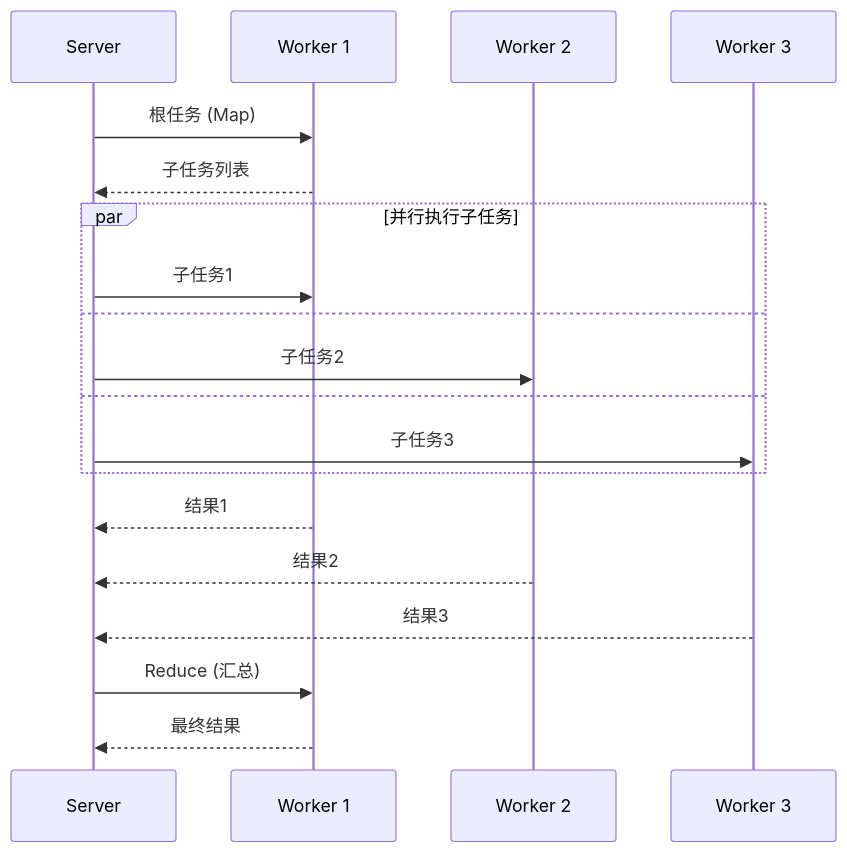
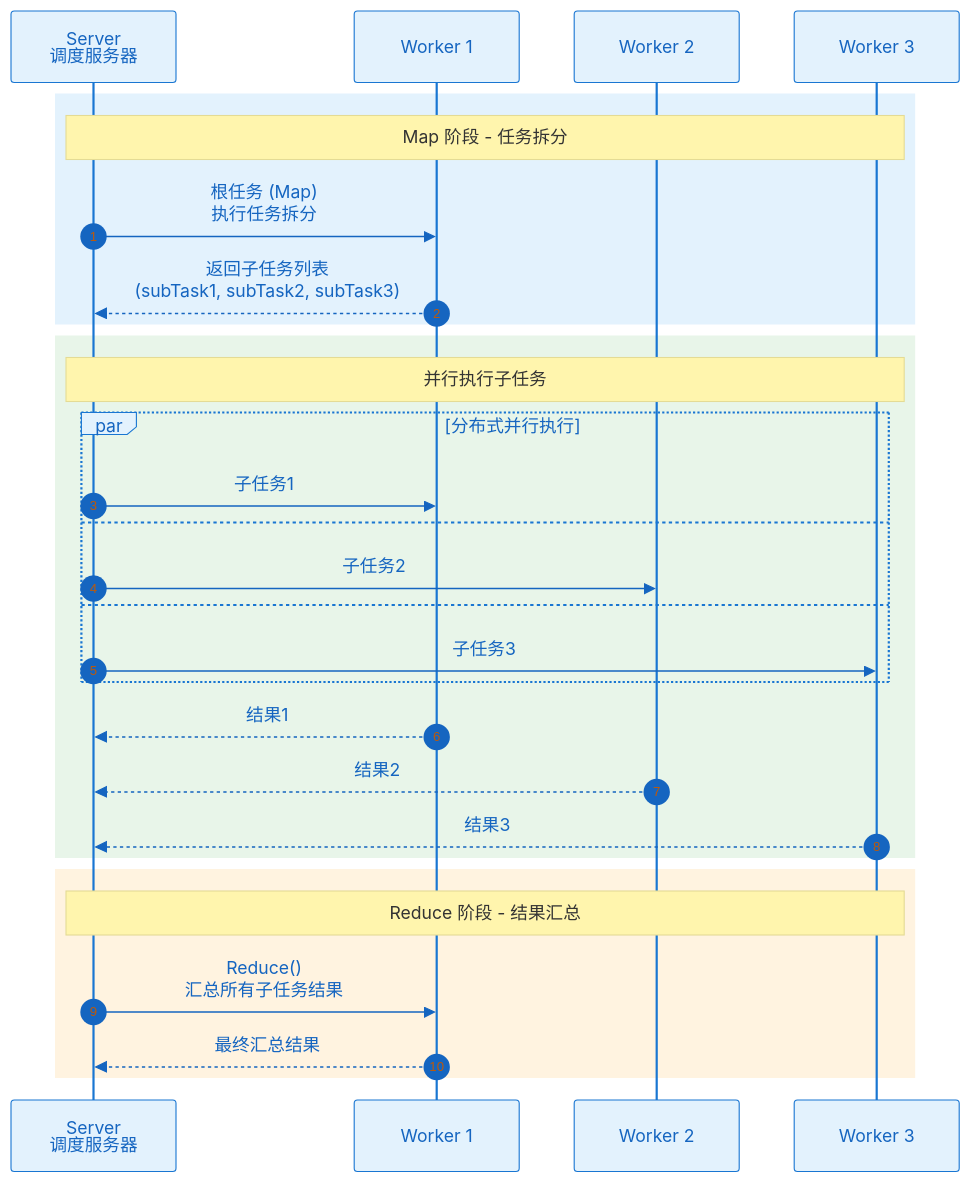
The second of 2 diagrams in zh/core/processor.md (Echo009/PowerJob-Docs), drawn with Mermaid before and after one commit. The commit also changed other lines of this file and 7 other files, not shown here.

Commit message:
chore: 优化文档中的 mermaid 图表样式

````diff
--- a/zh/core/processor.md
+++ b/zh/core/processor.md
@@ -196,25 +208,37 @@
 ```mermaid
+%%{init: {'theme':'base', 'themeVariables': { 'primaryColor':'#e3f2fd', 'primaryTextColor':'#1565c0', 'primaryBorderColor':'#1976d2', 'lineColor':'#42a5f5', 'secondaryColor':'#e8f5e9', 'tertiaryColor':'#fff3e0', 'background':'#ffffff'}}}%%
 sequenceDiagram
-    participant S as Server
-    participant W1 as Worker 1
-    participant W2 as Worker 2
-    participant W3 as Worker 3
+    autonumber
 
-    S->>W1: 根任务 (Map)
-    W1-->>S: 子任务列表
+    participant Server as Server<br/>调度服务器
+    participant Worker1 as Worker 1
+    participant Worker2 as Worker 2
+    participant Worker3 as Worker 3
 
-    par 并行执行子任务
-        S->>W1: 子任务1
-    and
-        S->>W2: 子任务2
-    and
-        S->>W3: 子任务3
+    rect rgb(227, 242, 253)
+        Note over Server,Worker3: Map 阶段 - 任务拆分
+        Server->>Worker1: 根任务 (Map)<br/>执行任务拆分
+        Worker1-->>Server: 返回子任务列表<br/>(subTask1, subTask2, subTask3)
     end
 
-    W1-->>S: 结果1
-    W2-->>S: 结果2
-    W3-->>S: 结果3
+    rect rgb(232, 245, 233)
+        Note over Server,Worker3: 并行执行子任务
+        par 分布式并行执行
+            Server->>Worker1: 子任务1
+        and
+            Server->>Worker2: 子任务2
+        and
+            Server->>Worker3: 子任务3
+        end
 
-    S->>W1: Reduce (汇总)
-    W1-->>S: 最终结果
+        Worker1-->>Server: 结果1
+        Worker2-->>Server: 结果2
+        Worker3-->>Server: 结果3
+    end
+
+    rect rgb(255, 243, 224)
+        Note over Server,Worker3: Reduce 阶段 - 结果汇总
+        Server->>Worker1: Reduce()<br/>汇总所有子任务结果
+        Worker1-->>Server: 最终汇总结果
+    end
 ```
````
